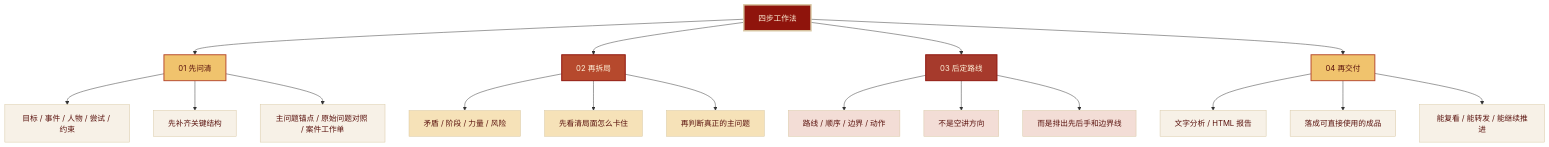
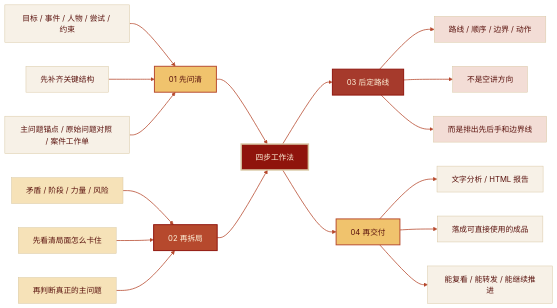
Before and after one commit to SamadhiFire/xinqingnian-skill: the diagram in README.md, drawn with Mermaid. The commit also changed other lines of this file, not shown here.

````diff
--- a/README.md
+++ b/README.md
@@ -72,32 +72,39 @@
 ```mermaid
-flowchart TB
+flowchart LR
     A["四步工作法"]:::root
 
-    A --> B["01 先问清"]:::stageGold
-    B --> B1["目标 / 事件 / 人物 / 尝试 / 约束"]:::leafCream
-    B --> B2["先补齐关键结构"]:::leafCream
-    B --> B3["主问题锚点 / 原始问题对照 / 案件工作单"]:::leafCream
+    B["01 先问清"]:::stageGold
+    C["02 再拆局"]:::stageRed
+    D["03 后定路线"]:::stageBrown
+    E["04 再交付"]:::stageGold
 
-    A --> C["02 再拆局"]:::stageRed
-    C --> C1["矛盾 / 阶段 / 力量 / 风险"]:::leafWarm
-    C --> C2["先看清局面怎么卡住"]:::leafWarm
-    C --> C3["再判断真正的主问题"]:::leafWarm
+    B1["目标 / 事件 / 人物 / 尝试 / 约束"]:::leafCream --> B
+    B2["先补齐关键结构"]:::leafCream --> B
+    B3["主问题锚点 / 原始问题对照 / 案件工作单"]:::leafCream --> B
 
-    A --> D["03 后定路线"]:::stageBrown
+    C1["矛盾 / 阶段 / 力量 / 风险"]:::leafWarm --> C
+    C2["先看清局面怎么卡住"]:::leafWarm --> C
+    C3["再判断真正的主问题"]:::leafWarm --> C
+
+    B --> A
+    C --> A
+    A --> D
+    A --> E
+
     D --> D1["路线 / 顺序 / 边界 / 动作"]:::leafRose
     D --> D2["不是空讲方向"]:::leafRose
     D --> D3["而是排出先后手和边界线"]:::leafRose
 
-    A --> E["04 再交付"]:::stageGold
     E --> E1["文字分析 / HTML 报告"]:::leafCream
     E --> E2["落成可直接使用的成品"]:::leafCream
     E --> E3["能复看 / 能转发 / 能继续推进"]:::leafCream
 
     classDef root fill:#8f140c,color:#fff4db,stroke:#d8c7a3,stroke-width:3px;
     classDef stageGold fill:#f0c36d,color:#5a120d,stroke:#b6492d,stroke-width:2px;
     classDef stageRed fill:#b6492d,color:#fff4db,stroke:#8f140c,stroke-width:2px;
     classDef stageBrown fill:#a63a2c,color:#fff4db,stroke:#8f140c,stroke-width:2px;
     classDef leafCream fill:#f7f1e7,color:#5a120d,stroke:#d8c7a3,stroke-width:1px;
     classDef leafWarm fill:#f6e2b8,color:#5a120d,stroke:#d8c7a3,stroke-width:1px;
     classDef leafRose fill:#f3ddd6,color:#5a120d,stroke:#d8c7a3,stroke-width:1px;
+    linkStyle default stroke:#b6492d,stroke-width:1.6px;
 ```
````
